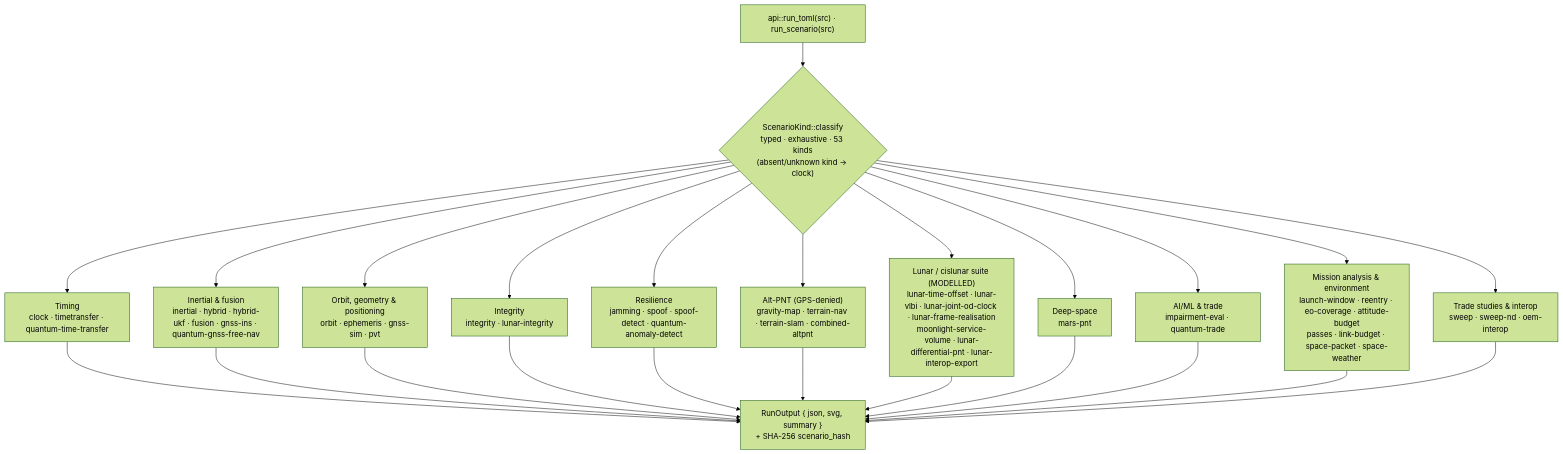
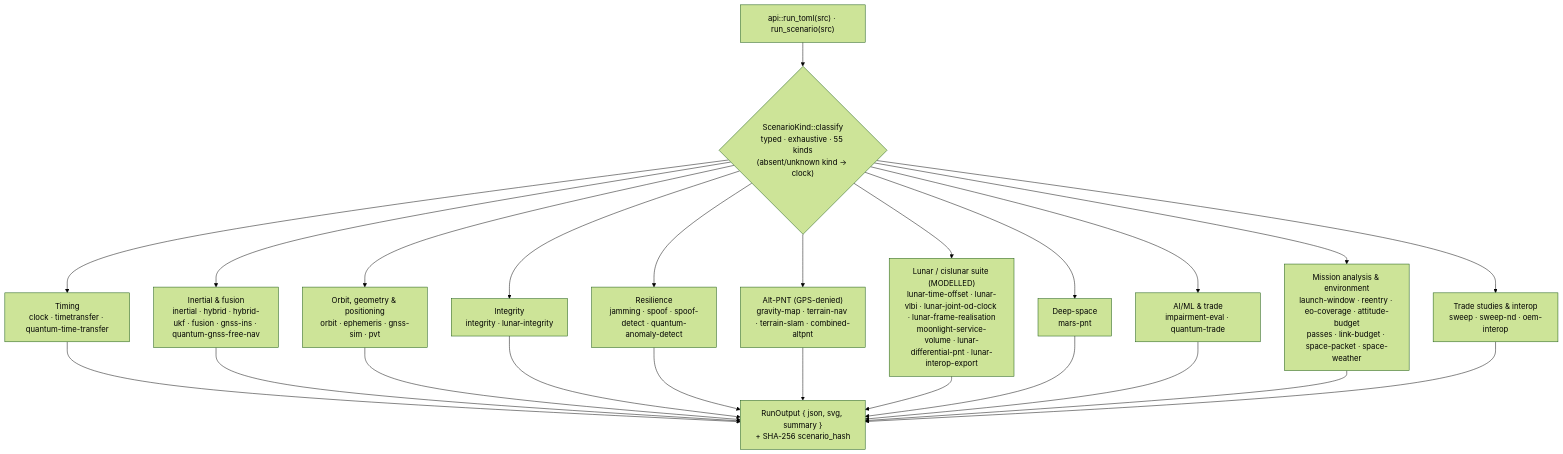
One commit to ashfordeOU/kshana changed the seventh of 11 diagrams in docs/ARCHITECTURE.md. Above: the diagram before and after it, drawn with Mermaid (forest theme). The commit also changed other lines of this file and 14 other files, not shown here.

````diff
--- a/docs/ARCHITECTURE.md
+++ b/docs/ARCHITECTURE.md
@@ -406,16 +406,16 @@
 ```mermaid
 flowchart TD
-    F["api::run_toml(src) · run_scenario(src)"] --> K{"ScenarioKind::classify<br/>typed · exhaustive · 53 kinds<br/>(absent/unknown kind → clock)"}
+    F["api::run_toml(src) · run_scenario(src)"] --> K{"ScenarioKind::classify<br/>typed · exhaustive · 55 kinds<br/>(absent/unknown kind → clock)"}
     K --> G1["Timing<br/>clock · timetransfer · quantum-time-transfer"]
     K --> G2["Inertial & fusion<br/>inertial · hybrid · hybrid-ukf · fusion · gnss-ins · quantum-gnss-free-nav"]
     K --> G3["Orbit, geometry & positioning<br/>orbit · ephemeris · gnss-sim · pvt"]
     K --> G4["Integrity<br/>integrity · lunar-integrity"]
     K --> G5["Resilience<br/>jamming · spoof · spoof-detect · quantum-anomaly-detect"]
     K --> G6["Alt-PNT (GPS-denied)<br/>gravity-map · terrain-nav · terrain-slam · combined-altpnt"]
     K --> G7["Lunar / cislunar suite (MODELLED)<br/>lunar-time-offset · lunar-vlbi · lunar-joint-od-clock · lunar-frame-realisation<br/>moonlight-service-volume · lunar-differential-pnt · lunar-interop-export"]
     K --> G8["Deep-space<br/>mars-pnt"]
     K --> G9["AI/ML & trade<br/>impairment-eval · quantum-trade"]
     K --> G10["Mission analysis & environment<br/>launch-window · reentry · eo-coverage · attitude-budget<br/>passes · link-budget · space-packet · space-weather"]
     K --> G11["Trade studies & interop<br/>sweep · sweep-nd · oem-interop"]
     G1 & G2 & G3 & G4 & G5 & G6 & G7 & G8 & G9 & G10 & G11 --> W["RunOutput { json, svg, summary }<br/>+ SHA-256 scenario_hash"]
 ```
````
